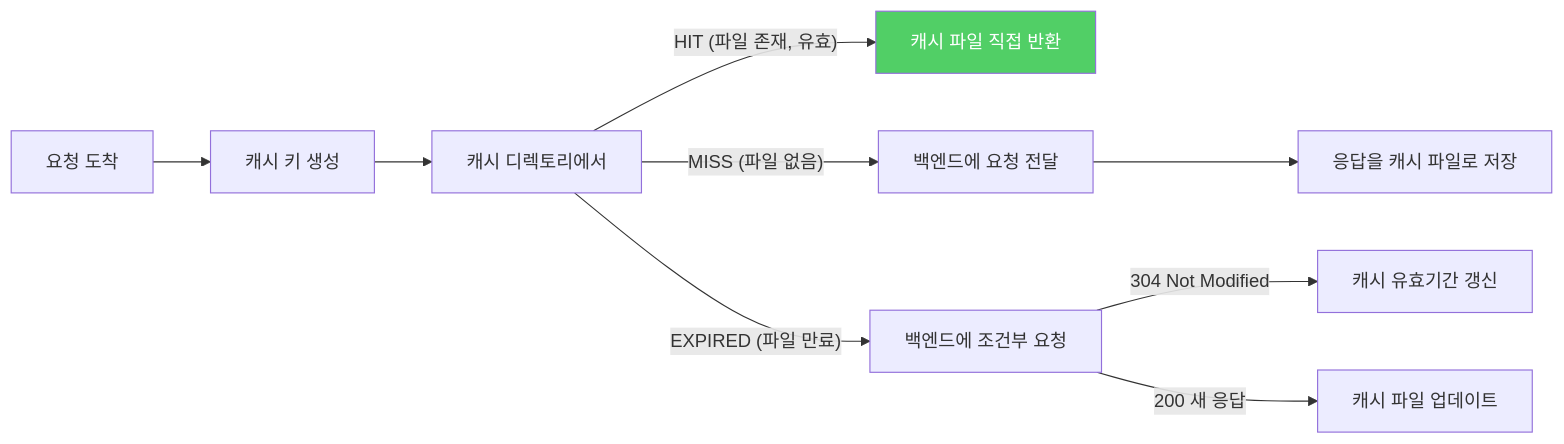
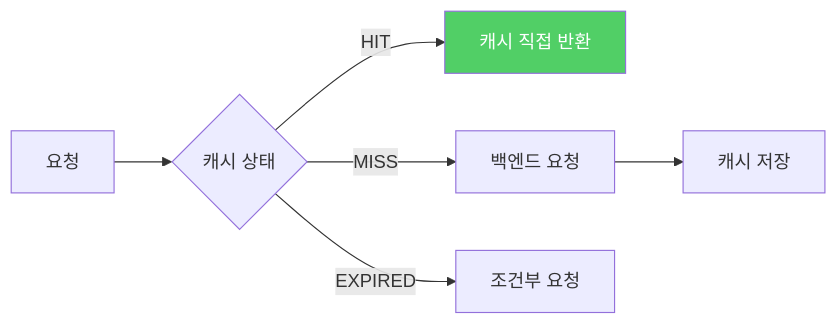
One commit to yjkim2015/yjkim2015.github.io changed diagram 14 of 18 in _posts/server/2026-05-01-nginx.md. Above: the diagram before and after it, drawn with Mermaid. The commit also changed other lines of this file and 163 other files, not shown here.

First line of the commit message:
Mermaid 300개 블록 내용 축소: 5노드 5엣지 이하, 의미 있는 약어

````diff
--- a/_posts/server/2026-05-01-nginx.md
+++ b/_posts/server/2026-05-01-nginx.md
@@ -598,12 +581,9 @@
 ```mermaid
 graph LR
-    REQUEST["요청 도착"] --> KEYGEN["캐시 키 생성"]
-    KEYGEN --> LOOKUP["캐시 디렉토리에서"]
-    LOOKUP -->|"HIT (파일 존재, 유효)"| SERVE["캐시 파일 직접 반환"]
-    LOOKUP -->|"MISS (파일 없음)"| BACKEND["백엔드에 요청 전달"]
-    LOOKUP -->|"EXPIRED (파일 만료)"| REVALIDATE["백엔드에 조건부 요청"]
-    BACKEND --> STORE["응답을 캐시 파일로 저장"]
-    REVALIDATE -->|"304 Not Modified"| REFRESH["캐시 유효기간 갱신"]
-    REVALIDATE -->|"200 새 응답"| UPDATE["캐시 파일 업데이트"]
+    REQ["요청"] --> LOOKUP{"캐시 상태"}
+    LOOKUP -->|HIT| SERVE["캐시 직접 반환"]
+    LOOKUP -->|MISS| BACKEND["백엔드 요청"]
+    LOOKUP -->|EXPIRED| REVAL["조건부 요청"]
+    BACKEND --> STORE["캐시 저장"]
     style SERVE fill:#51cf66,color:#fff
 ```
````
